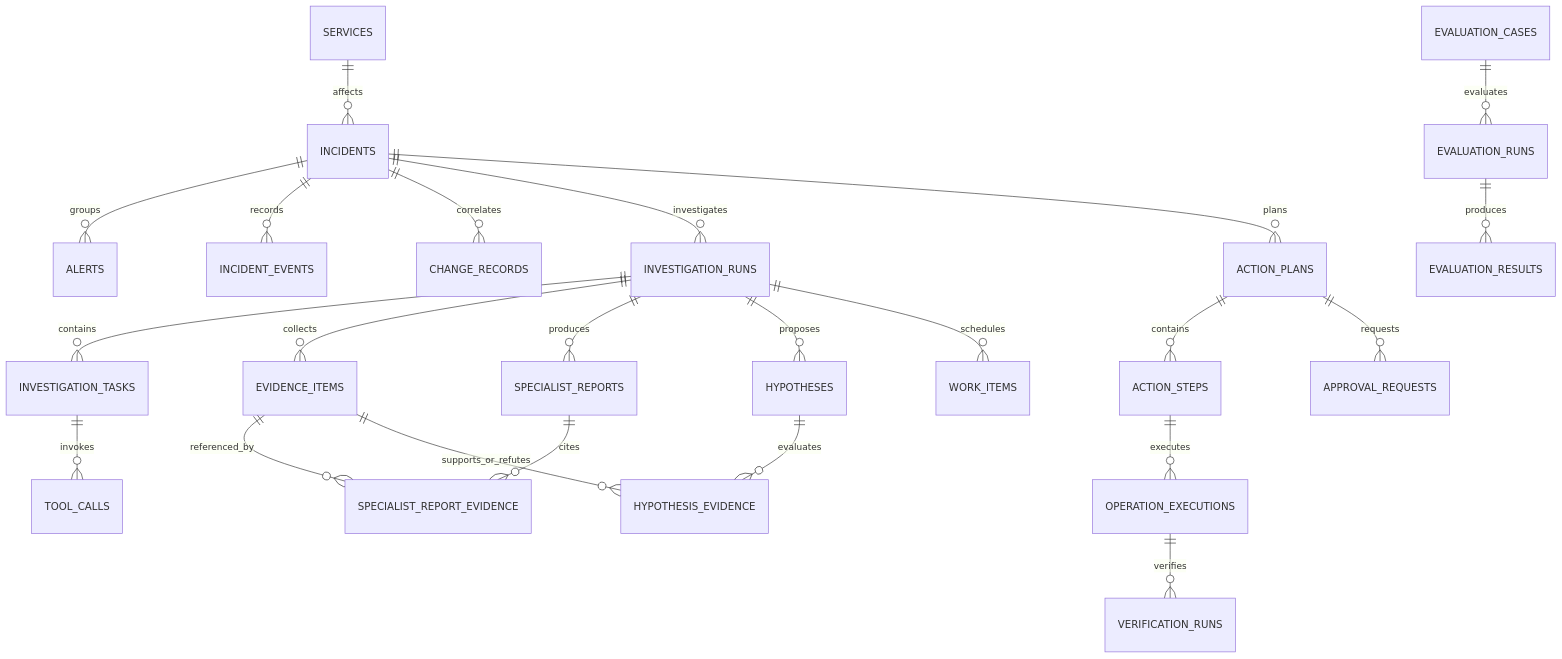
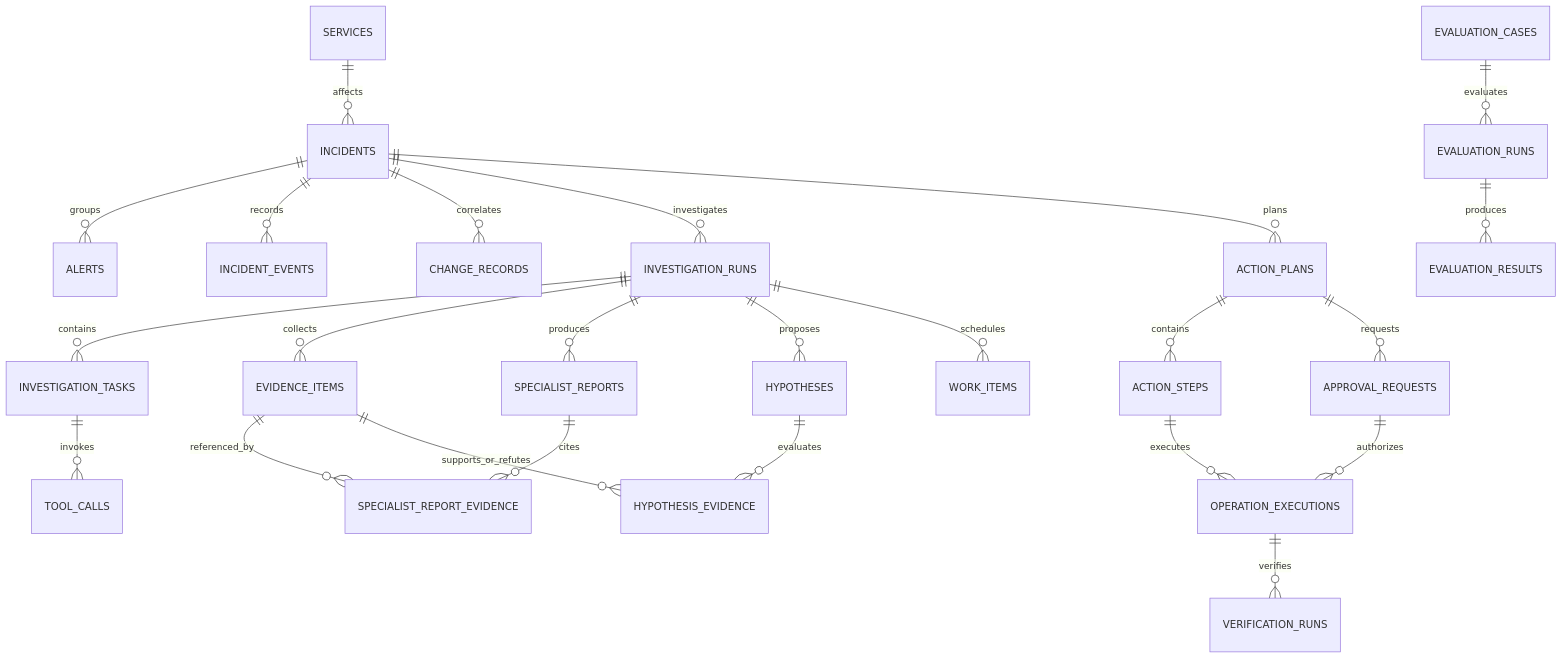
One commit to kill-t/ops-swarm changed the first of 3 diagrams in docs/architecture/04-database-design.md. Above: the diagram before and after it, drawn with Mermaid. The commit also changed other lines of this file and 34 other files, not shown here.

````diff
--- a/docs/architecture/04-database-design.md
+++ b/docs/architecture/04-database-design.md
@@ -26,25 +26,26 @@
 ```mermaid
 erDiagram
     SERVICES ||--o{ INCIDENTS : affects
     INCIDENTS ||--o{ ALERTS : groups
     INCIDENTS ||--o{ INCIDENT_EVENTS : records
     INCIDENTS ||--o{ CHANGE_RECORDS : correlates
     INCIDENTS ||--o{ INVESTIGATION_RUNS : investigates
     INVESTIGATION_RUNS ||--o{ INVESTIGATION_TASKS : contains
     INVESTIGATION_TASKS ||--o{ TOOL_CALLS : invokes
     INVESTIGATION_RUNS ||--o{ EVIDENCE_ITEMS : collects
     INVESTIGATION_RUNS ||--o{ SPECIALIST_REPORTS : produces
     SPECIALIST_REPORTS ||--o{ SPECIALIST_REPORT_EVIDENCE : cites
     EVIDENCE_ITEMS ||--o{ SPECIALIST_REPORT_EVIDENCE : referenced_by
     INVESTIGATION_RUNS ||--o{ HYPOTHESES : proposes
     HYPOTHESES ||--o{ HYPOTHESIS_EVIDENCE : evaluates
     EVIDENCE_ITEMS ||--o{ HYPOTHESIS_EVIDENCE : supports_or_refutes
     INCIDENTS ||--o{ ACTION_PLANS : plans
     ACTION_PLANS ||--o{ ACTION_STEPS : contains
     ACTION_PLANS ||--o{ APPROVAL_REQUESTS : requests
     ACTION_STEPS ||--o{ OPERATION_EXECUTIONS : executes
+    APPROVAL_REQUESTS ||--o{ OPERATION_EXECUTIONS : authorizes
     OPERATION_EXECUTIONS ||--o{ VERIFICATION_RUNS : verifies
     INVESTIGATION_RUNS ||--o{ WORK_ITEMS : schedules
     EVALUATION_CASES ||--o{ EVALUATION_RUNS : evaluates
     EVALUATION_RUNS ||--o{ EVALUATION_RESULTS : produces
 ```
````
